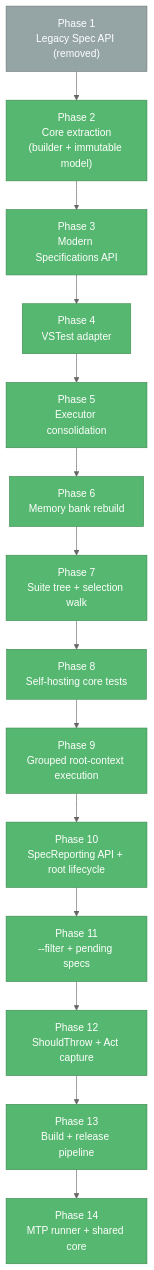
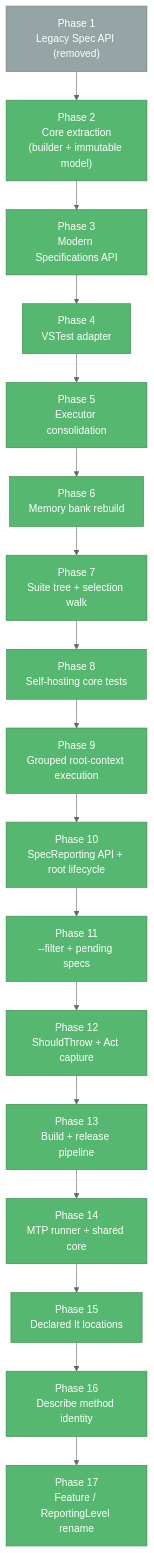
One commit to yozepi/Specs changed the diagram in memory-bank/progress.md. Above: the diagram before and after it, drawn with Mermaid. The commit also changed other lines of this file and 97 other files, not shown here.

First line of the commit message:
Rename Describe API and improve IDE navigation (#4)

````diff
--- a/memory-bank/progress.md
+++ b/memory-bank/progress.md
@@ -111,24 +116,27 @@
 ```mermaid
 %%{init: {'theme': 'neutral', 'flowchart': {'nodeSpacing': 30, 'rankSpacing': 45, 'wrappingWidth': 160}}}%%
 flowchart TD
     P1["Phase 1<br/>Legacy Spec API (removed)"]:::deprecated
     P2["Phase 2<br/>Core extraction<br/>(builder + immutable model)"]:::app
     P3["Phase 3<br/>Modern Specifications API"]:::app
     P4["Phase 4<br/>VSTest adapter"]:::app
     P5["Phase 5<br/>Executor consolidation"]:::app
     P6["Phase 6<br/>Memory bank rebuild"]:::app
     P7["Phase 7<br/>Suite tree + selection walk"]:::app
     P8["Phase 8<br/>Self-hosting core tests"]:::app
     P9["Phase 9<br/>Grouped root-context execution"]:::app
     P10["Phase 10<br/>SpecReporting API + root lifecycle"]:::app
     P11["Phase 11<br/>--filter + pending specs"]:::app
     P12["Phase 12<br/>ShouldThrow + Act capture"]:::app
     P13["Phase 13<br/>Build + release pipeline"]:::app
     P14["Phase 14<br/>MTP runner + shared core"]:::app
+    P15["Phase 15<br/>Declared It locations"]:::app
+    P16["Phase 16<br/>Describe method identity"]:::app
+    P17["Phase 17<br/>Feature / ReportingLevel rename"]:::app
 
     P1 --> P2 --> P3 --> P4
-    P4 --> P5 --> P6 --> P7 --> P8 --> P9 --> P10 --> P11 --> P12 --> P13 --> P14
+    P4 --> P5 --> P6 --> P7 --> P8 --> P9 --> P10 --> P11 --> P12 --> P13 --> P14 --> P15 --> P16 --> P17
 
     classDef app fill:#56B870,stroke:#3D8B50,color:#fff
     classDef deprecated fill:#95A5A6,stroke:#707B7C,color:#fff
 ```
````
